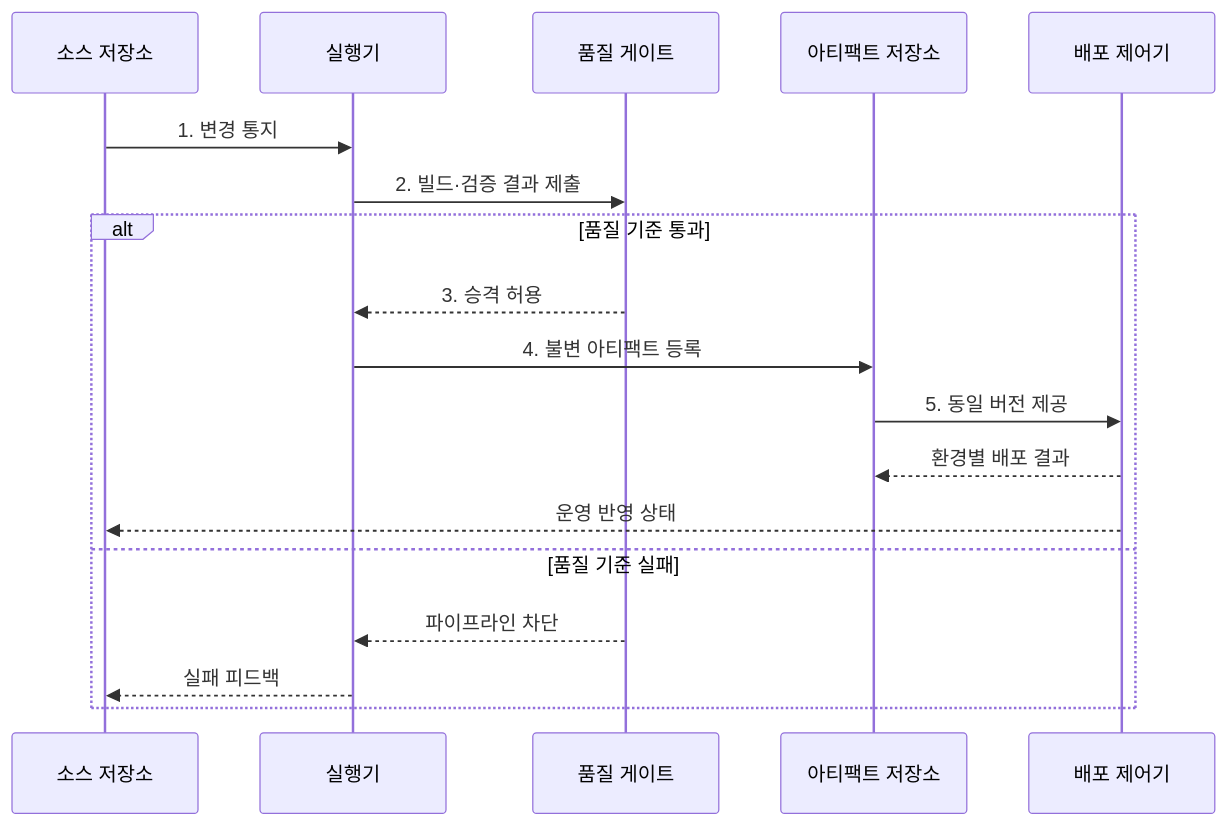
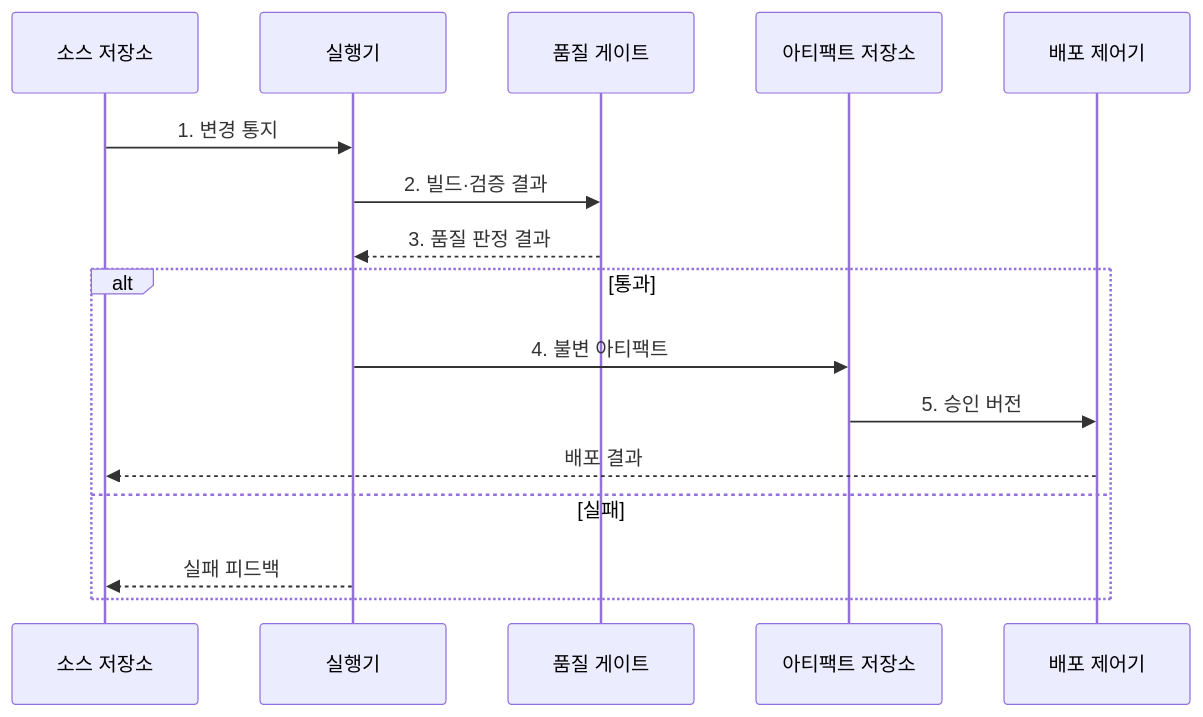
Before and after one commit to agnusdei1207/knowledge-base: the second of 2 diagrams in src/content/docs/notes/03-software/053_ci_cd_pipeline.md, drawn with Mermaid. The commit also changed other lines of this file and 20 other files, not shown here.

````diff
--- a/src/content/docs/notes/03-software/053_ci_cd_pipeline.md
+++ b/src/content/docs/notes/03-software/053_ci_cd_pipeline.md
@@ -83,20 +85,18 @@
 ```mermaid
 sequenceDiagram
     participant S as 소스 저장소
     participant R as 실행기
     participant Q as 품질 게이트
     participant A as 아티팩트 저장소
     participant D as 배포 제어기
     S->>R: 1. 변경 통지
-    R->>Q: 2. 빌드·검증 결과 제출
-    alt 품질 기준 통과
-        Q-->>R: 3. 승격 허용
-        R->>A: 4. 불변 아티팩트 등록
-        A->>D: 5. 동일 버전 제공
-        D-->>A: 환경별 배포 결과
-        D-->>S: 운영 반영 상태
-    else 품질 기준 실패
-        Q-->>R: 파이프라인 차단
+    R->>Q: 2. 빌드·검증 결과
+    Q-->>R: 3. 품질 판정 결과
+    alt 통과
+        R->>A: 4. 불변 아티팩트
+        A->>D: 5. 승인 버전
+        D-->>S: 배포 결과
+    else 실패
         R-->>S: 실패 피드백
     end
 ```
````
